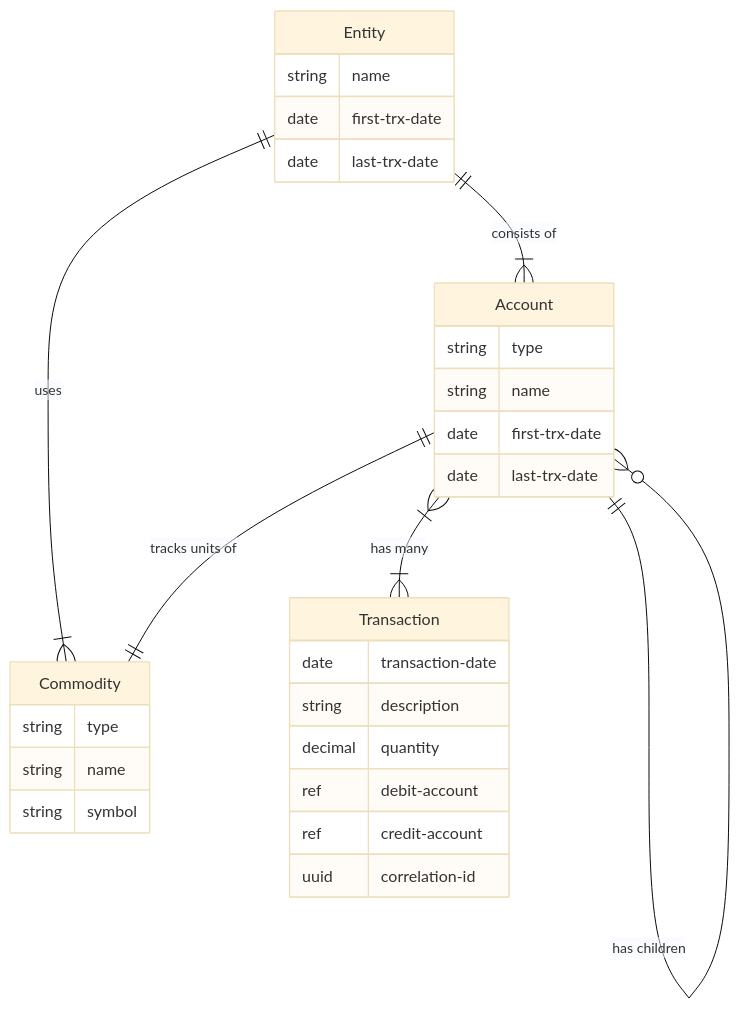
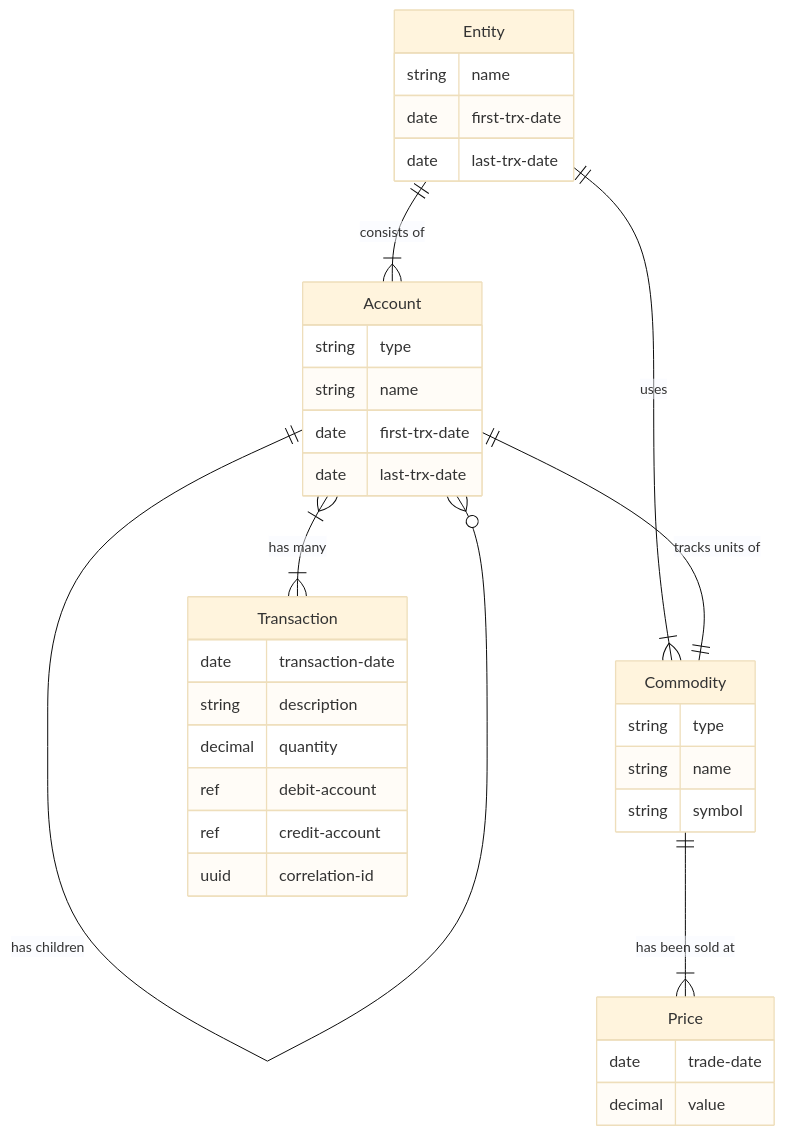
One commit to dgknght/xtdb-money changed the diagram in README.md. Above: the diagram before and after it, drawn with Mermaid (base theme).

Commit message:
add prices to ERD

````diff
--- a/README.md
+++ b/README.md
@@ -7,32 +7,37 @@
 ```mermaid
 erDiagram
 Entity ||--|{ Account  : "consists of"
 Entity {
     string name
     date first-trx-date
     date last-trx-date
 }
 Entity ||--|{ Commodity : "uses"
 Account {
     string type
     string name
     date first-trx-date
     date last-trx-date
 }
 Account ||--o{ Account : "has children"
 Account ||--|| Commodity : "tracks units of"
 Commodity {
     string type
     string name
     string symbol
 }
+Commodity ||--|{ Price : "has been sold at"
+Price {
+    date trade-date
+    decimal value
+}
 Account }|--|{ Transaction : "has many"
 Transaction {
     date transaction-date
     string description
     decimal quantity
     ref debit-account
     ref credit-account
     uuid correlation-id
 }
 ```
````
